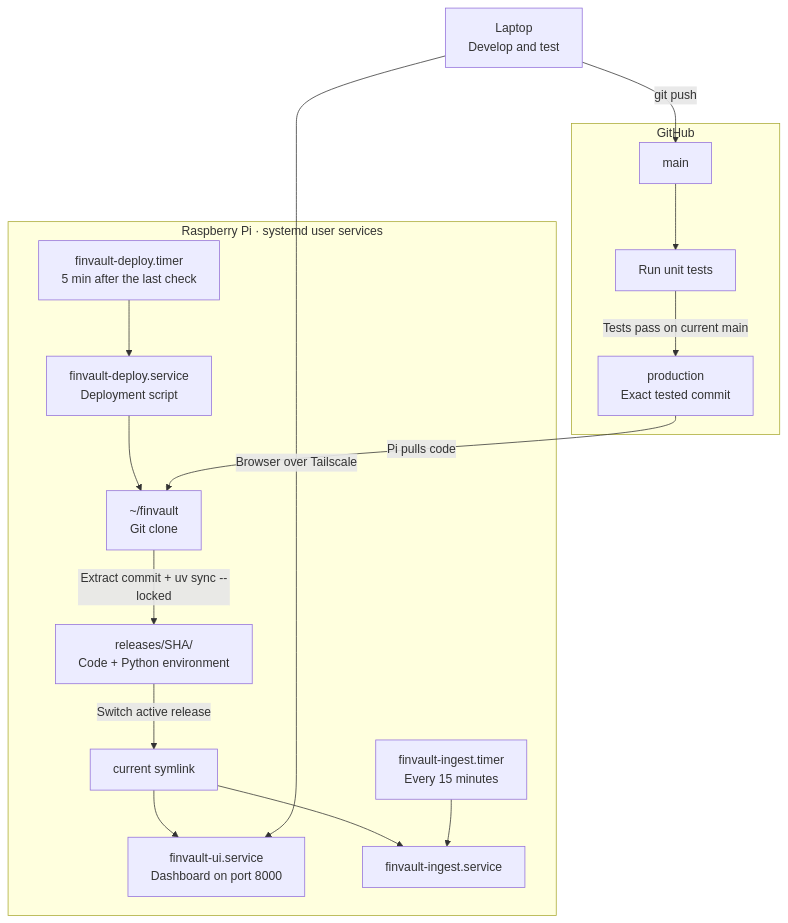
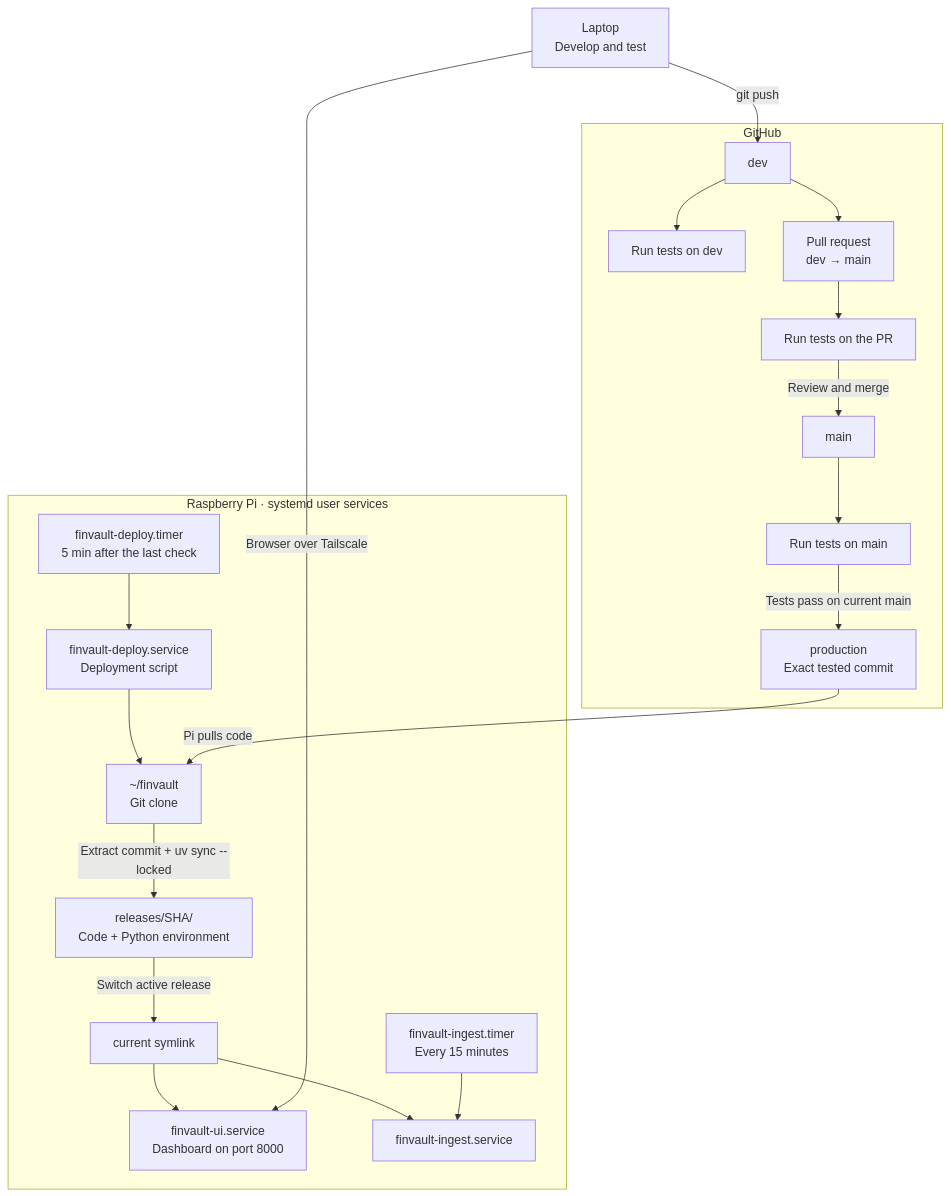
One commit to anandvgeorge/finvault changed the second of 2 diagrams in README.md. Above: the diagram before and after it, drawn with Mermaid. The commit also changed other lines of this file, not shown here.

Commit message:
Updates development push workflow

````diff
--- a/README.md
+++ b/README.md
@@ -76,22 +92,26 @@
 ```mermaid
 flowchart TB
-    Laptop["Laptop<br/>Develop and test"] -->|git push| Main
+    Laptop["Laptop<br/>Develop and test"] -->|git push| Dev
 
     subgraph GitHub["GitHub"]
-        Main["main"] --> CI["Run unit tests"]
+        Dev["dev"] --> DevCI["Run tests on dev"]
+        Dev --> PR["Pull request<br/>dev → main"]
+        PR --> PRCI["Run tests on the PR"]
+        PRCI -->|Review and merge| Main["main"]
+        Main --> CI["Run tests on main"]
         CI -->|Tests pass on current main| Production["production<br/>Exact tested commit"]
     end
 
     subgraph Pi["Raspberry Pi · systemd user services"]
         Timer["finvault-deploy.timer<br/>5 min after the last check"] --> Deploy["finvault-deploy.service<br/>Deployment script"]
         Deploy --> Clone["~/finvault<br/>Git clone"]
         Clone -->|Extract commit + uv sync --locked| Release["releases/SHA/<br/>Code + Python environment"]
         Release -->|Switch active release| Current["current symlink"]
         Current --> UI["finvault-ui.service<br/>Dashboard on port 8000"]
         Current --> Ingest["finvault-ingest.service"]
         Schedule["finvault-ingest.timer<br/>Every 15 minutes"] --> Ingest
     end
 
     Laptop -->|Browser over Tailscale| UI
     Production -->|Pi pulls code| Clone
 ```
````
